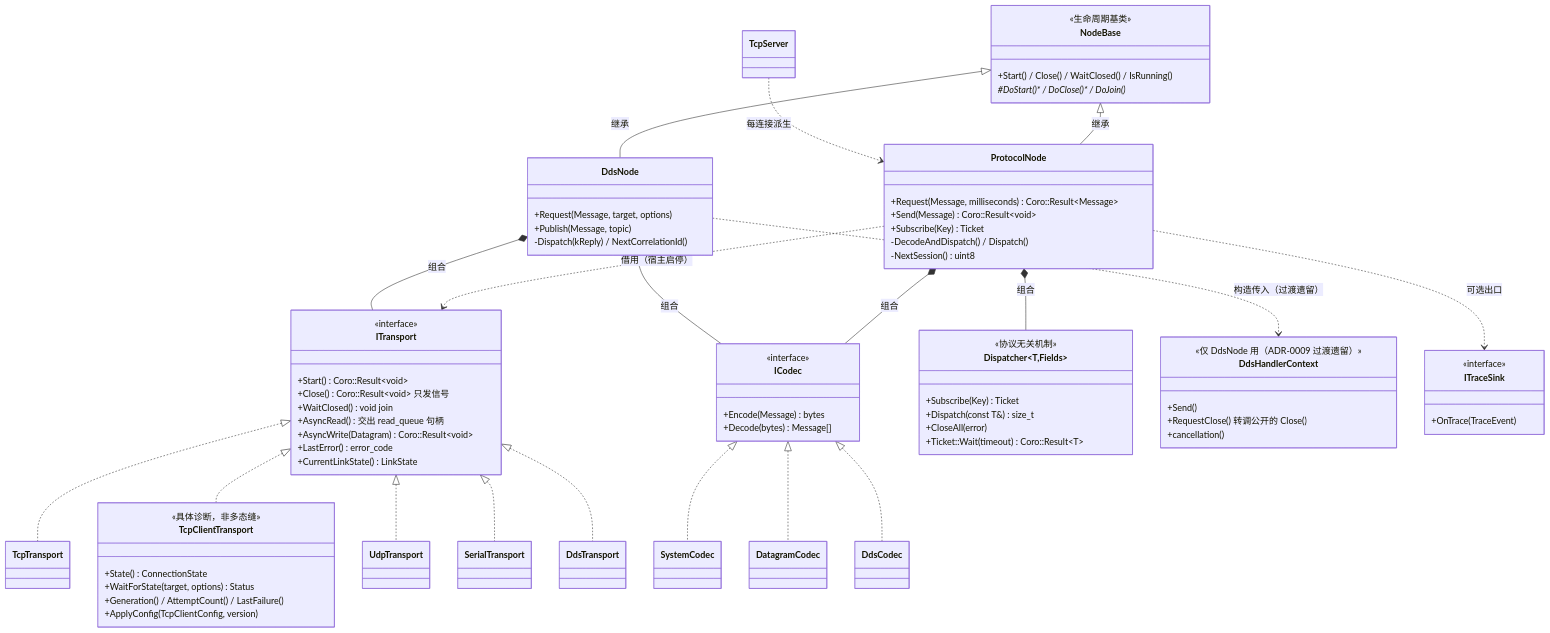
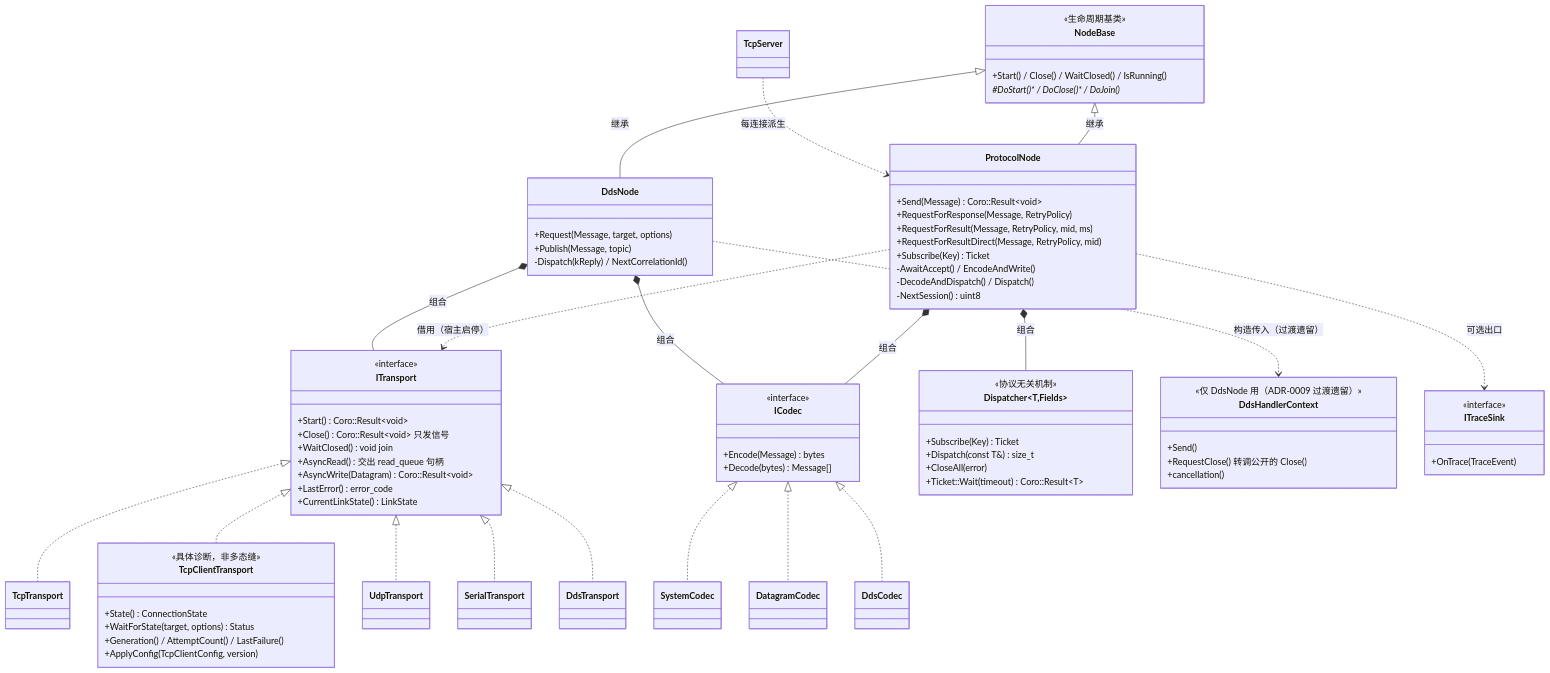
Before and after one commit to Ste7an-cs/Transport: the diagram in docs/diagrams/arch-class.mmd, drawn with Mermaid. The commit also changed 8 other files, not shown here.

```diff
--- a/docs/diagrams/arch-class.mmd
+++ b/docs/diagrams/arch-class.mmd
@@ -1,89 +1,92 @@
 classDiagram
     direction TB
 
     class ITransport {
         <<interface>>
         +Start() Coro::Result~void~
         +Close() Coro::Result~void~  只发信号
         +WaitClosed() void  join
         +AsyncRead() 交出 read_queue 句柄
         +AsyncWrite(Datagram) Coro::Result~void~
         +LastError() error_code
         +CurrentLinkState() LinkState
     }
     class ICodec {
         <<interface>>
         +Encode(Message) bytes
         +Decode(bytes) Message[]
     }
 
     class ProtocolNode {
-        +Request(Message, milliseconds) Coro::Result~Message~
         +Send(Message) Coro::Result~void~
+        +RequestForResponse(Message, RetryPolicy)
+        +RequestForResult(Message, RetryPolicy, mid, ms)
+        +RequestForResultDirect(Message, RetryPolicy, mid)
         +Subscribe(Key) Ticket
+        -AwaitAccept() / EncodeAndWrite()
         -DecodeAndDispatch() / Dispatch()
         -NextSession() uint8
     }
     class DdsNode {
         +Request(Message, target, options)
         +Publish(Message, topic)
         -Dispatch(kReply) / NextCorrelationId()
     }
     class NodeBase {
         <<生命周期基类>>
         +Start() / Close() / WaitClosed() / IsRunning()
         #DoStart()* / DoClose()* / DoJoin()*
     }
     class Dispatcher~T,Fields~ {
         <<协议无关机制>>
         +Subscribe(Key) Ticket
         +Dispatch(const T&) size_t
         +CloseAll(error)
         +Ticket::Wait(timeout) Coro::Result~T~
     }
     class DdsHandlerContext {
         <<仅 DdsNode 用（ADR-0009 过渡遗留）>>
         +Send()
         +RequestClose() 转调公开的 Close()
         +cancellation()
     }
     class ITraceSink {
         <<interface>>
         +OnTrace(TraceEvent)
     }
 
     class TcpTransport
     class TcpClientTransport {
         <<具体诊断，非多态缝>>
         +State() ConnectionState
         +WaitForState(target, options) Status
         +Generation() / AttemptCount() / LastFailure()
         +ApplyConfig(TcpClientConfig, version)
     }
     class UdpTransport
     class SerialTransport
     class DdsTransport
     class TcpServer
     class SystemCodec
     class DatagramCodec
     class DdsCodec
 
     ITransport <|.. TcpTransport
     ITransport <|.. TcpClientTransport
     ITransport <|.. UdpTransport
     ITransport <|.. SerialTransport
     ITransport <|.. DdsTransport
     ICodec <|.. SystemCodec
     ICodec <|.. DatagramCodec
     ICodec <|.. DdsCodec
 
     ProtocolNode ..> ITransport : 借用（宿主启停）
     ProtocolNode *-- ICodec : 组合
     ProtocolNode *-- Dispatcher : 组合
     NodeBase <|-- ProtocolNode : 继承
     DdsNode *-- ITransport : 组合
     DdsNode *-- ICodec : 组合
     NodeBase <|-- DdsNode : 继承
     DdsNode ..> DdsHandlerContext : 构造传入（过渡遗留）
     TcpServer ..> ProtocolNode : 每连接派生
     ProtocolNode ..> ITraceSink : 可选出口
```
